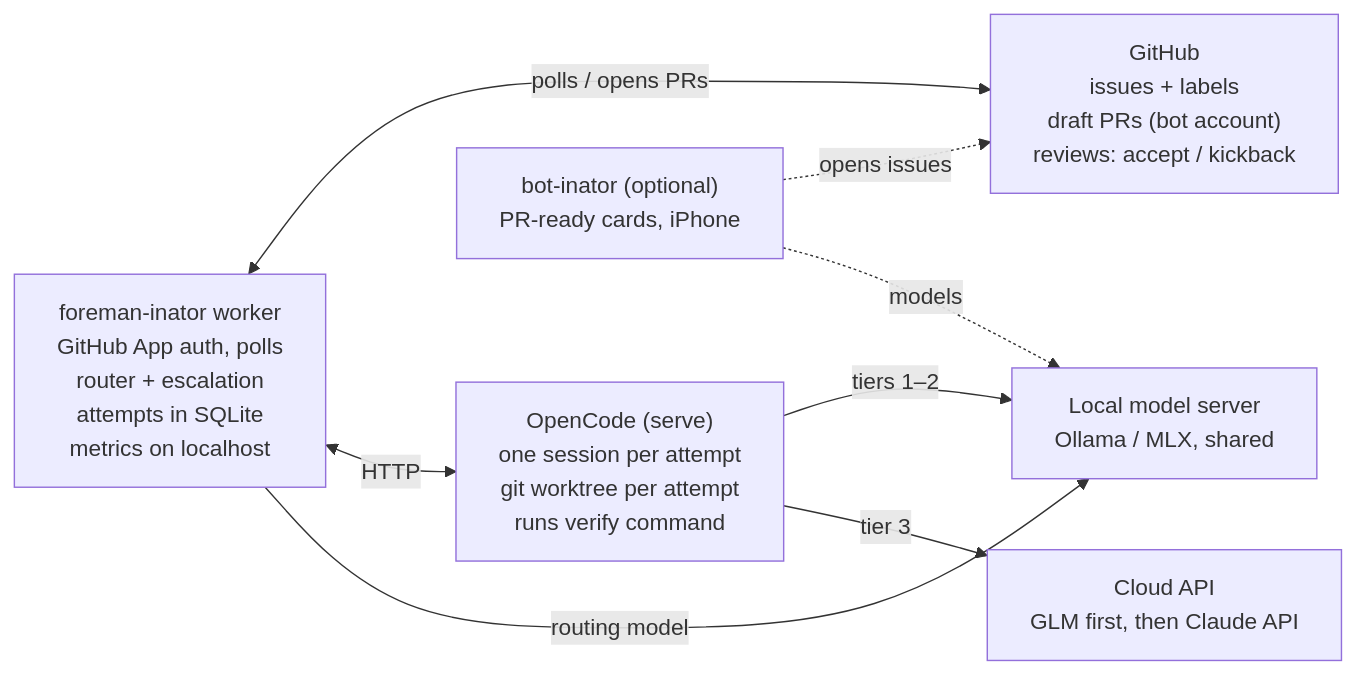
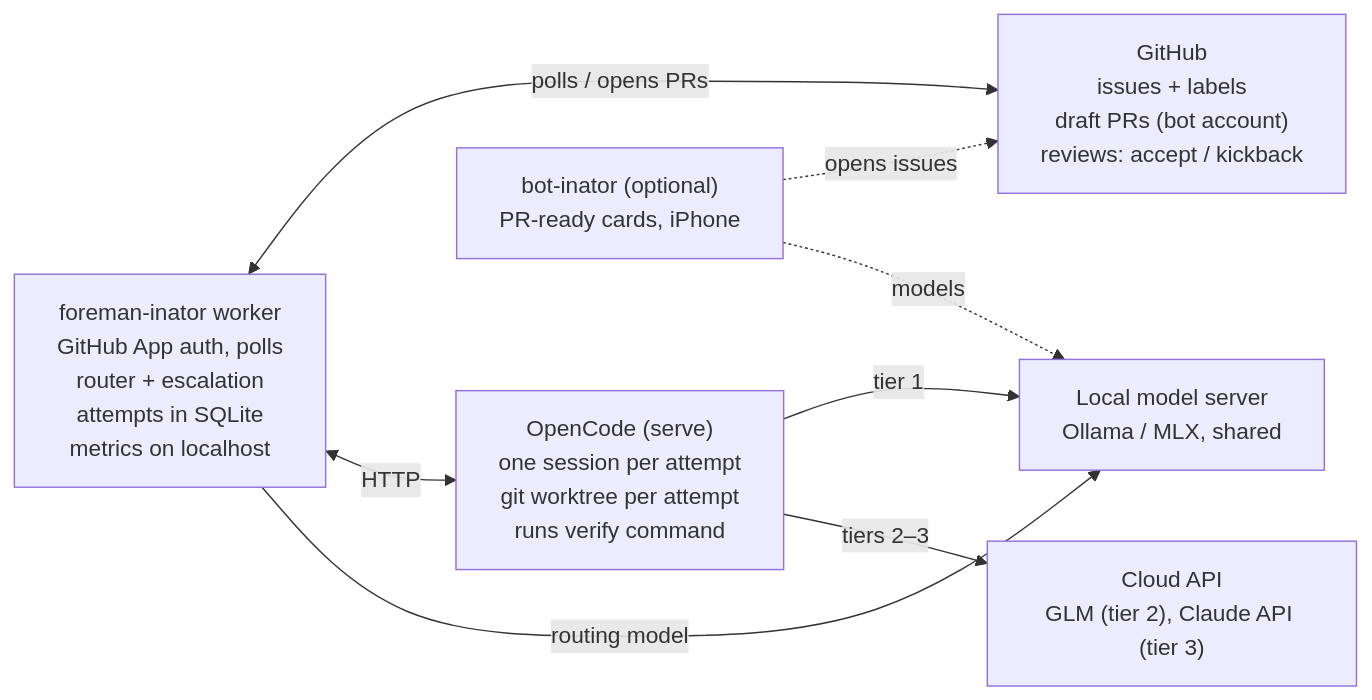
The second of 2 diagrams in SPEC.md (Bforsyth1234/foreman-inator), drawn with Mermaid before and after one commit. The commit also changed other lines of this file and 16 other files, not shown here.

Commit message:
Wave 16 d7: #70 fman sweep and open-PR cap; #59 tier 2 default is GLM

````diff
--- a/SPEC.md
+++ b/SPEC.md
@@ -269,16 +271,16 @@
 ```mermaid
 flowchart LR
     GH["GitHub<br/>issues + labels<br/>draft PRs (bot account)<br/>reviews: accept / kickback"]
     W["foreman-inator worker<br/>GitHub App auth, polls<br/>router + escalation<br/>attempts in SQLite<br/>metrics on localhost"]
     OC["OpenCode (serve)<br/>one session per attempt<br/>git worktree per attempt<br/>runs verify command"]
     MS["Local model server<br/>Ollama / MLX, shared"]
-    CL["Cloud API<br/>GLM first, then Claude API"]
+    CL["Cloud API<br/>GLM (tier 2), Claude API (tier 3)"]
     BI["bot-inator (optional)<br/>PR-ready cards, iPhone"]
     W <-- "polls / opens PRs" --> GH
     W <-- "HTTP" --> OC
     W -- "routing model" --> MS
-    OC -- "tiers 1–2" --> MS
-    OC -- "tier 3" --> CL
+    OC -- "tier 1" --> MS
+    OC -- "tiers 2–3" --> CL
     BI -. "opens issues" .-> GH
     BI -. "models" .-> MS
 ```
````
